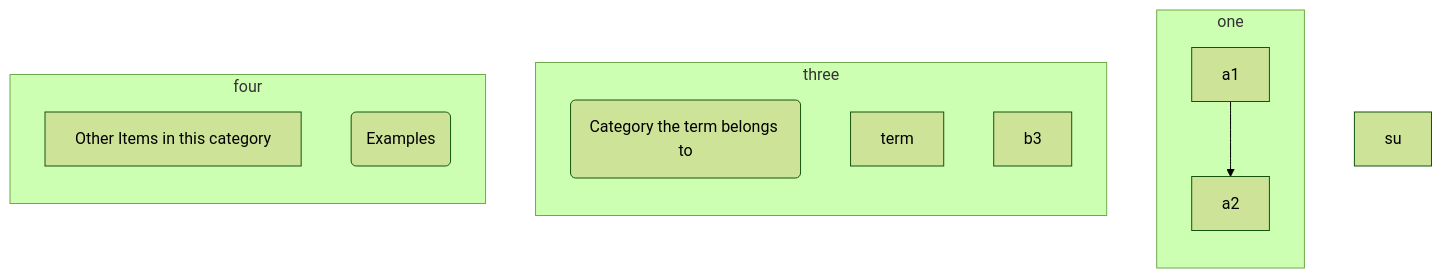
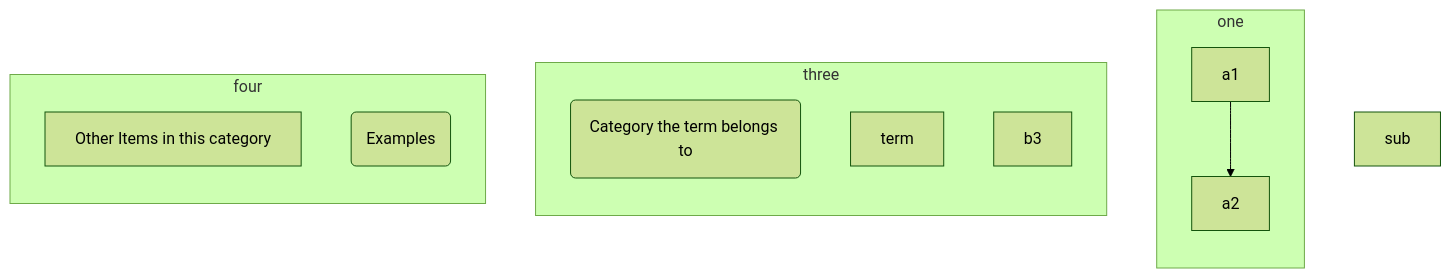
One commit to gerbssusd/dok changed the diagram in slides.md. Above: the diagram before and after it, drawn with Mermaid (forest theme).

````diff
--- a/slides.md
+++ b/slides.md
@@ -217,25 +217,25 @@
 ```mermaid
 flowchart TB
     subgraph one 
      direction TB
     a1-->a2
      end
-    su
+    sub
     subgraph three
       direction TB
         b1(Category the term belongs to)
         b2[term]
         b3 
         end
     subgraph four
       direction TB
     c1[Other Items in this category] 
     c2(Examples)
     end
 
 
 
 
 
 
 ```
````
